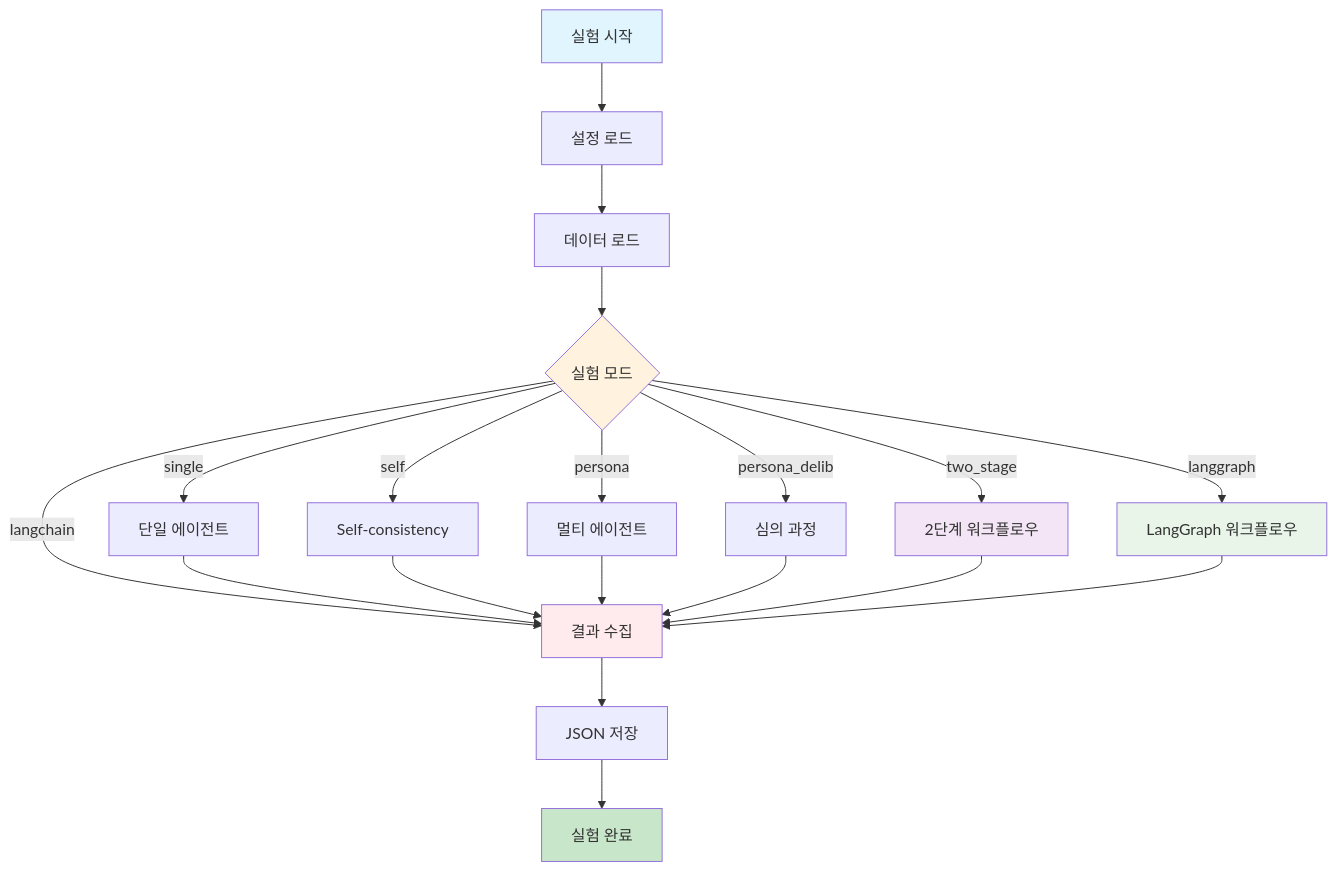
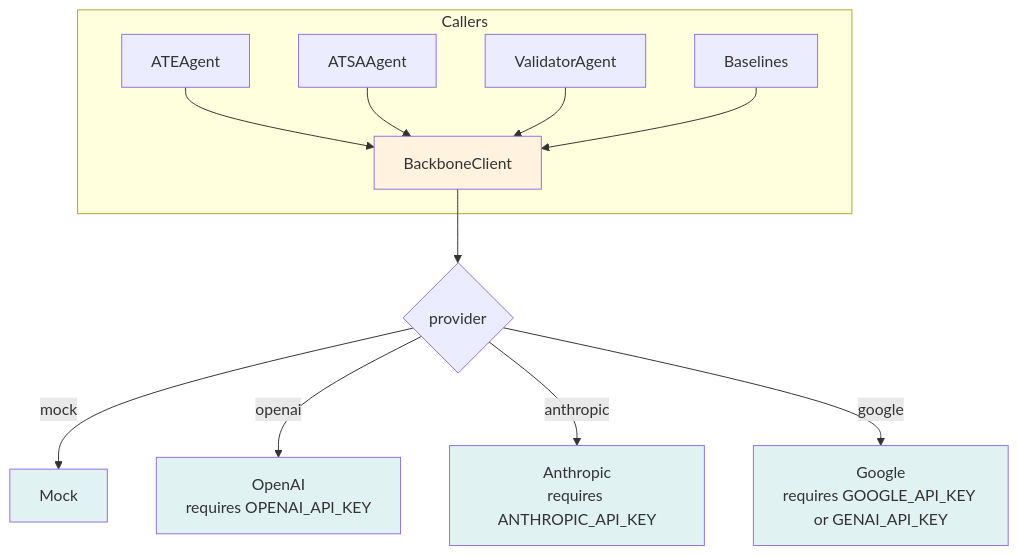
The third of 3 diagrams in agent_flow_diagram.md (cloudnative-app/kr-sentimental-agent), drawn with Mermaid before and after one commit. The commit also changed other lines of this file and 264 other files, not shown here.

Commit message:
feat: ABSA pipeline - ate/atsa/validator/moderator, scripts, schemas, baselines, docs (results/ and reports/ in .gitignore)

````diff
--- a/agent_flow_diagram.md
+++ b/agent_flow_diagram.md
@@ -324,31 +58,21 @@
 ```mermaid
-graph TD
-    A[실험 시작] --> B[설정 로드]
-    B --> C[데이터 로드]
-    C --> D{실험 모드}
-    
-    D -->|single| E[단일 에이전트]
-    D -->|self| F[Self-consistency]
-    D -->|persona| G[멀티 에이전트]
-    D -->|persona_delib| H[심의 과정]
-    D -->|two_stage| I[2단계 워크플로우]
-    D -->|langgraph| J[LangGraph 워크플로우]
-    D -->|langchain| K[LangChain 에이전트]
-    
-    E --> K[결과 수집]
-    F --> K
-    G --> K
-    H --> K
-    I --> K
-    J --> K
-    
-    K --> L[JSON 저장]
-    L --> M[실험 완료]
-    
-    style A fill:#e1f5fe
-    style M fill:#c8e6c9
-    style D fill:#fff3e0
-    style I fill:#f3e5f5
-    style J fill:#e8f5e8
-    style K fill:#ffebee
+graph TB
+    subgraph Callers
+        A[ATEAgent] --> E
+        B[ATSAAgent] --> E
+        C[ValidatorAgent] --> E
+        D[Baselines] --> E
+    end
+
+    E[BackboneClient] --> F{provider}
+    F -->|mock| G[Mock]
+    F -->|openai| H[OpenAI\nrequires OPENAI_API_KEY]
+    F -->|anthropic| I[Anthropic\nrequires ANTHROPIC_API_KEY]
+    F -->|google| J[Google\nrequires GOOGLE_API_KEY or GENAI_API_KEY]
+
+    style E fill:#fff3e0
+    style G fill:#e0f2f1
+    style H fill:#e0f2f1
+    style I fill:#e0f2f1
+    style J fill:#e0f2f1
 ```
````
